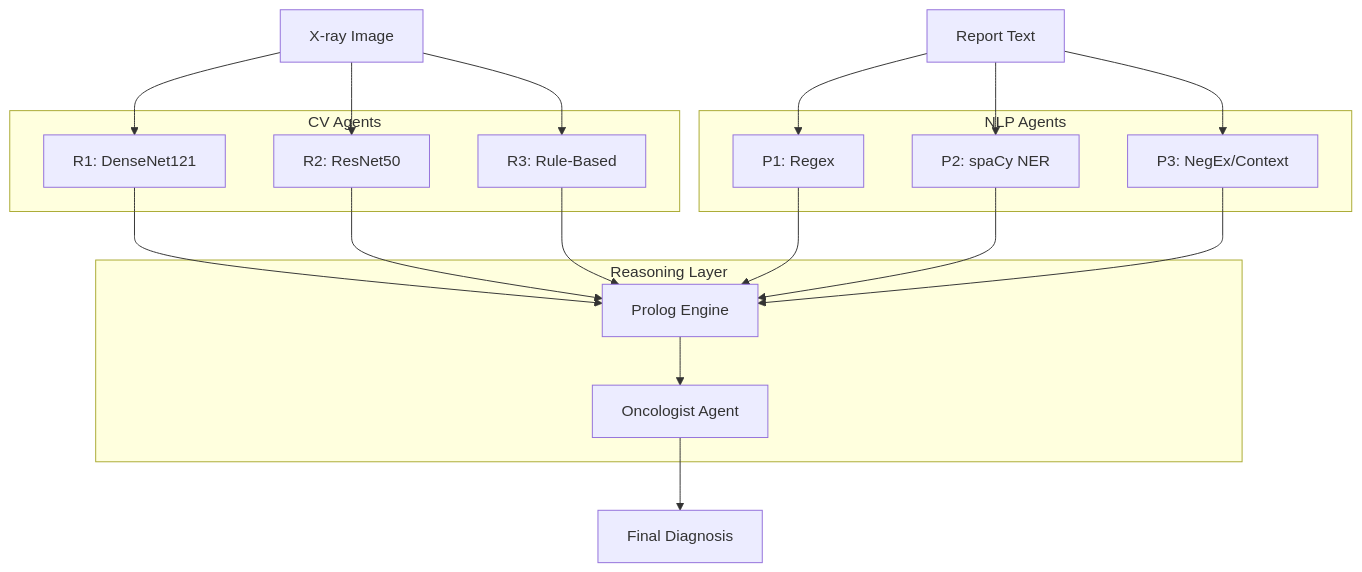
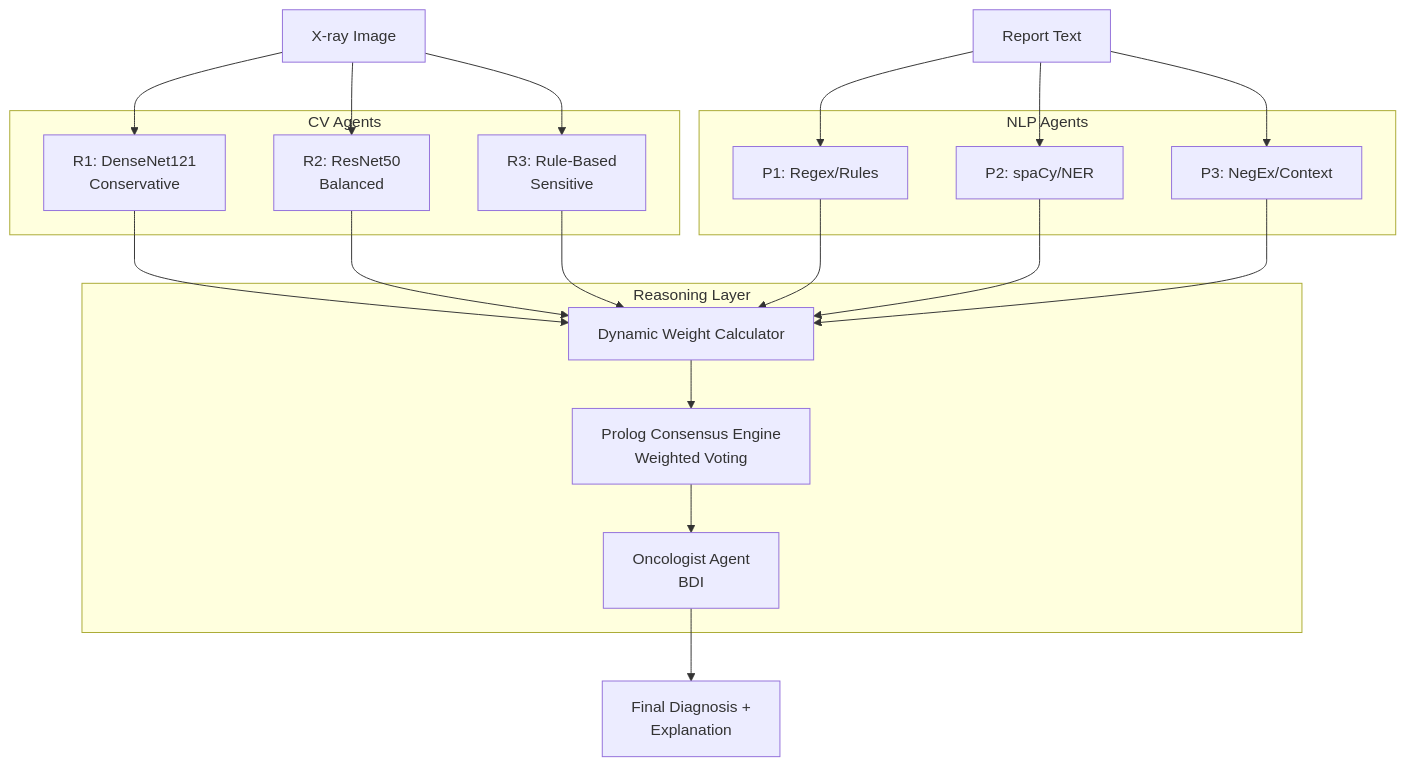
One commit to sepehrkdi/lung_nodule_mas changed the diagram in README.md. Above: the diagram before and after it, drawn with Mermaid. The commit also changed other lines of this file, not shown here.

Commit message:
docs: Expand README with a comprehensive project overview, detailed key contributions, updated architecture, and a new NLP pipeline section.

````diff
--- a/README.md
+++ b/README.md
@@ -30,31 +36,33 @@
 ```mermaid
 graph TD
     IMG[X-ray Image] --> R1
     IMG --> R2
     IMG --> R3
     TXT[Report Text] --> P1
     TXT --> P2
     TXT --> P3
     
     subgraph Radiologists [CV Agents]
-    R1[R1: DenseNet121]
-    R2[R2: ResNet50]
-    R3[R3: Rule-Based]
+    R1[R1: DenseNet121<br>Conservative]
+    R2[R2: ResNet50<br>Balanced]
+    R3[R3: Rule-Based<br>Sensitive]
     end
     
     subgraph Pathologists [NLP Agents]
-    P1[P1: Regex]
-    P2[P2: spaCy NER]
+    P1[P1: Regex/Rules]
+    P2[P2: spaCy/NER]
     P3[P3: NegEx/Context]
     end
     
     subgraph Consensus [Reasoning Layer]
-    PROLOG[Prolog Engine]
-    ONC[Oncologist Agent]
+    DW[Dynamic Weight Calculator]
+    PROLOG[Prolog Consensus Engine<br>Weighted Voting]
+    ONC[Oncologist Agent<br>BDI]
     end
     
-    R1 & R2 & R3 --> PROLOG
-    P1 & P2 & P3 --> PROLOG
+    R1 & R2 & R3 --> DW
+    P1 & P2 & P3 --> DW
+    DW --> PROLOG
     PROLOG --> ONC
-    ONC --> DECISION[Final Diagnosis]
+    ONC --> DECISION[Final Diagnosis +<br>Explanation]
 ```
````
